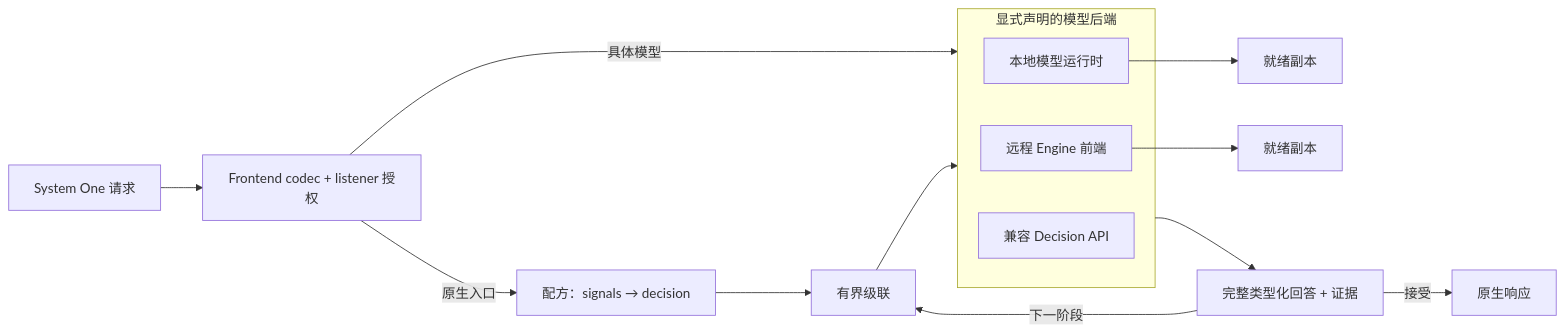
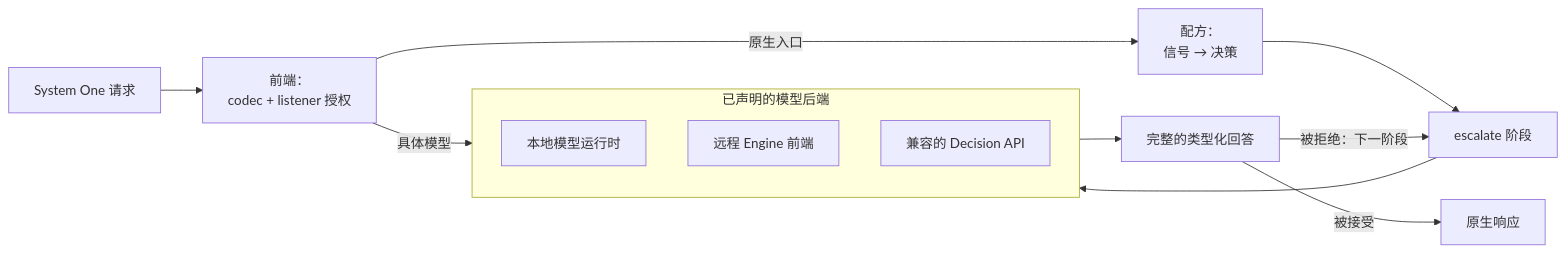
The diagram in website/i18n/zh-Hans/docusaurus-plugin-content-docs/current/overview/component-architecture.md (vllm-project/semantic-router), drawn with Mermaid before and after one commit. The commit also changed other lines of this file and 5503 other files, not shown here.

````diff
--- a/website/i18n/zh-Hans/docusaurus-plugin-content-docs/current/overview/component-architecture.md
+++ b/website/i18n/zh-Hans/docusaurus-plugin-content-docs/current/overview/component-architecture.md
@@ -92,18 +148,16 @@
 ```mermaid
 flowchart LR
-    Request["System One 请求"] --> Frontend["Frontend codec + listener 授权"]
+    Request["System One 请求"] --> Frontend["前端：<br/>codec + listener 授权"]
     Frontend -->|"具体模型"| Backends
-    Frontend -->|"原生入口"| Recipe["配方：signals → decision"]
-    Recipe --> Algorithm["有界级联"]
+    Frontend -->|"原生入口"| Recipe["配方：<br/>信号 → 决策"]
+    Recipe --> Algorithm["escalate 阶段"]
     Algorithm --> Backends
-    subgraph Backends["显式声明的模型后端"]
+    subgraph Backends["已声明的模型后端"]
         Local["本地模型运行时"]
         Engine["远程 Engine 前端"]
-        External["兼容 Decision API"]
+        External["兼容的 Decision API"]
     end
-    Local --> Replicas["就绪副本"]
-    Engine --> RemoteReplicas["就绪副本"]
-    Backends --> Evidence["完整类型化回答 + 证据"]
-    Evidence -->|"下一阶段"| Algorithm
-    Evidence -->|"接受"| Result["原生响应"]
+    Backends --> Evidence["完整的类型化回答"]
+    Evidence -->|"被拒绝：下一阶段"| Algorithm
+    Evidence -->|"被接受"| Result["原生响应"]
 ```
````
